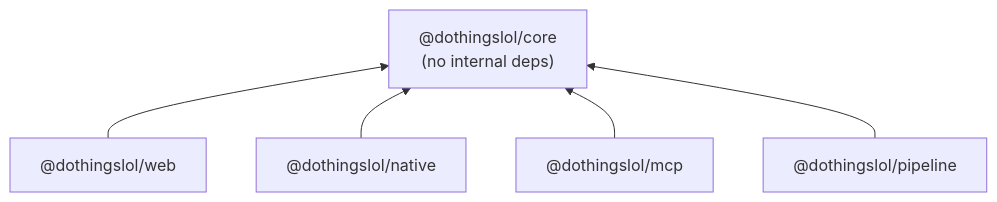
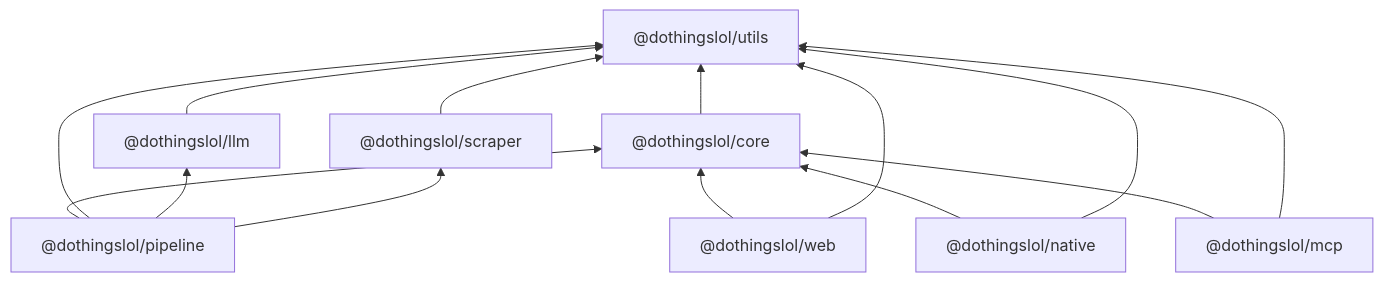
Before and after one commit to Amnesthesia/eventyr: the diagram in docs/monorepo/PLAN.md, drawn with Mermaid. The commit also changed other lines of this file and 24 other files, not shown here.

First line of the commit message:
docs: plan revision 3 — utils/llm/scraper/pipeline package split

````diff
--- a/docs/monorepo/PLAN.md
+++ b/docs/monorepo/PLAN.md
@@ -210,8 +183,11 @@
 ```mermaid
 flowchart BT
-  core["@dothingslol/core<br/>(no internal deps)"]
-  web["@dothingslol/web"] --> core
-  native["@dothingslol/native"] --> core
-  mcp["@dothingslol/mcp"] --> core
-  pipeline["@dothingslol/pipeline"] --> core
+  utils["@dothingslol/utils"]
+  core["@dothingslol/core"] --> utils
+  llm["@dothingslol/llm"] --> utils
+  scraper["@dothingslol/scraper"] --> utils
+  pipeline["@dothingslol/pipeline"] --> core & utils & llm & scraper
+  web["@dothingslol/web"] --> core & utils
+  native["@dothingslol/native"] --> core & utils
+  mcp["@dothingslol/mcp"] --> core & utils
 ```
````
